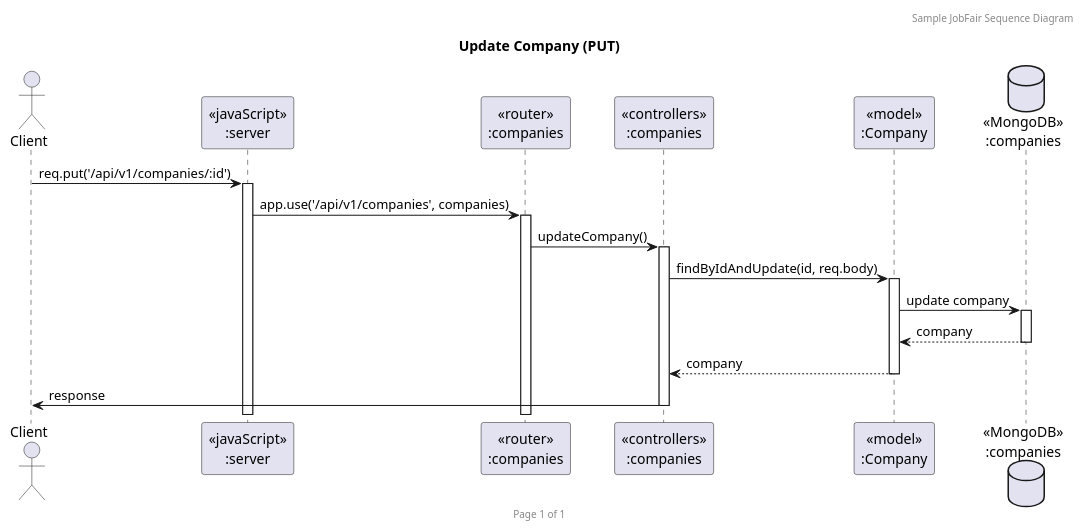
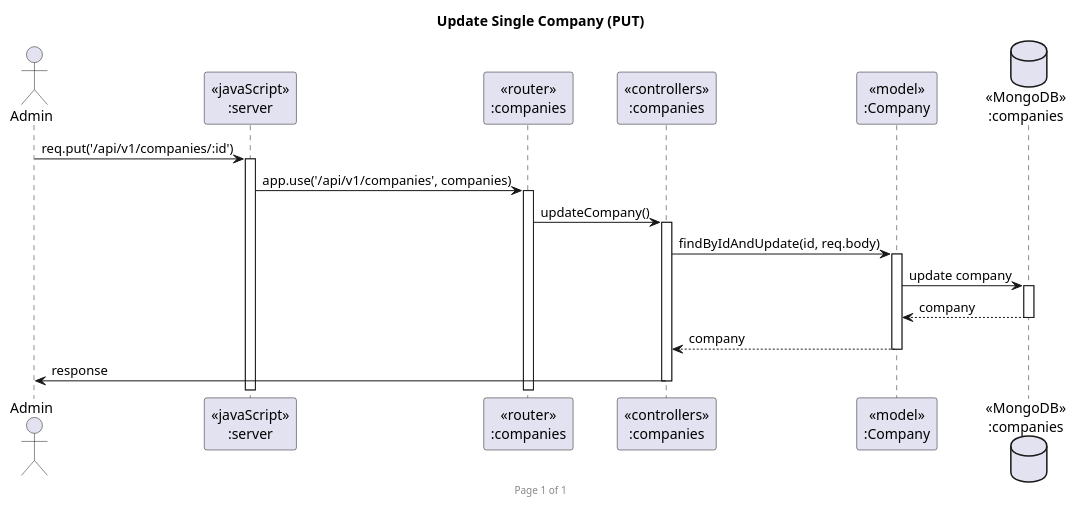
The eighth of 15 diagrams in uml/sequence-diagram.puml (2110503-CEDT68/be-project-68-vacq), drawn with PlantUML before and after one commit. The commit also changed other lines of this file and 27 other files, not shown here.

Commit message:
Edit sequence diagram

```diff
--- a/uml/sequence-diagram.puml
+++ b/uml/sequence-diagram.puml
@@ -163,23 +156,22 @@
-@startuml Update Company (PUT)
+@startuml Update Single Company (PUT)
 
-header Sample JobFair Sequence Diagram
 footer Page %page% of %lastpage%
-title "Update Company (PUT)"
+title "Update Single Company (PUT)"
 
-actor "Client" as client
+actor "Admin" as client
 participant "<<javaScript>>\n:server" as server
 participant "<<router>>\n:companies" as routerCompanies
 participant "<<controllers>>\n:companies" as controllersCompanies
 participant "<<model>>\n:Company" as modelCompany
 database "<<MongoDB>>\n:companies" as CompaniesDatabase
 
 client->server ++: req.put('/api/v1/companies/:id')
 server->routerCompanies ++: app.use('/api/v1/companies', companies)
 routerCompanies -> controllersCompanies ++: updateCompany()
 controllersCompanies->modelCompany ++: findByIdAndUpdate(id, req.body)
 modelCompany ->CompaniesDatabase ++: update company
 CompaniesDatabase --> modelCompany --: company
 controllersCompanies <-- modelCompany --: company
 controllersCompanies->client --: response
 
 @enduml
```
